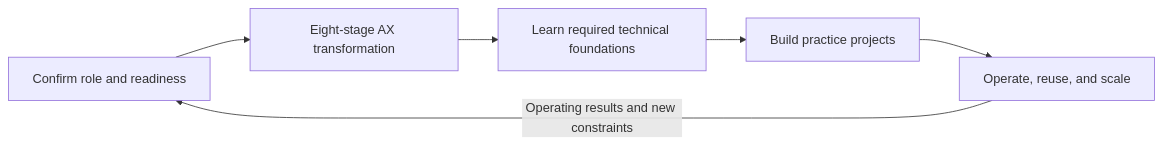
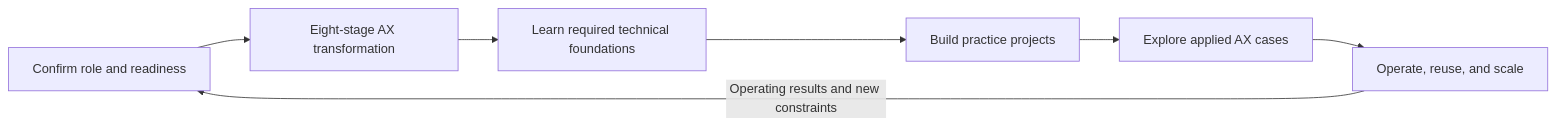
One commit to woogi-kang/ax-engineer-roadmap changed the diagram in en/README.md. Above: the diagram before and after it, drawn with Mermaid. The commit also changed other lines of this file and 35 other files, not shown here.

````diff
--- a/en/README.md
+++ b/en/README.md
@@ -33,8 +33,9 @@
 ```mermaid
 flowchart LR
     A["Confirm role and readiness"] --> B["Eight-stage AX transformation"]
     B --> C["Learn required technical foundations"]
     C --> D["Build practice projects"]
-    D --> E["Operate, reuse, and scale"]
-    E -->|"Operating results and new constraints"| A
+    D --> E["Explore applied AX cases"]
+    E --> F["Operate, reuse, and scale"]
+    F -->|"Operating results and new constraints"| A
 ```
````
